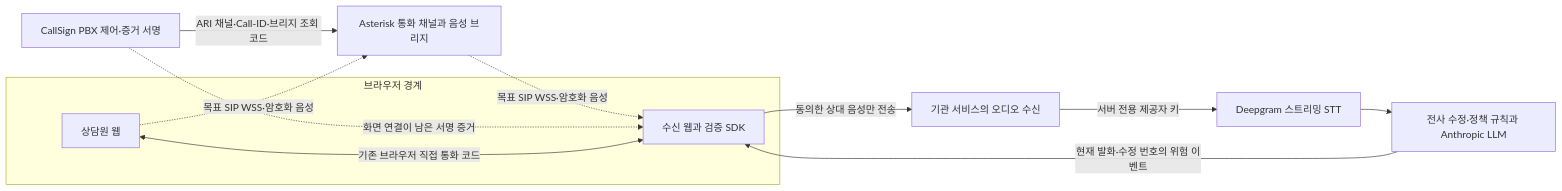
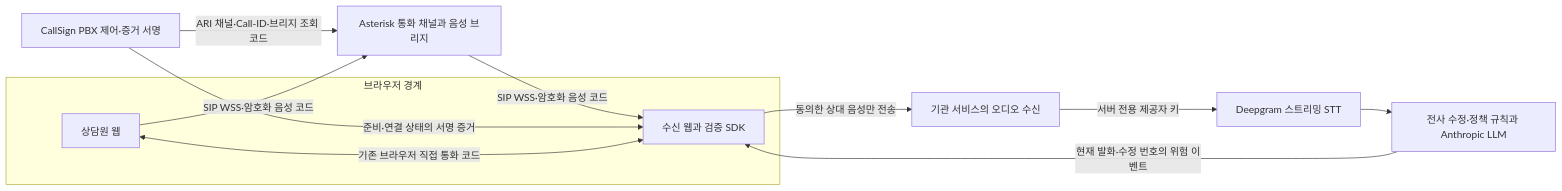
Before and after one commit to 0u-Y/CallSign: the diagram in docs/guide/02-ARCHITECTURE.md, drawn with Mermaid. The commit also changed other lines of this file and 21 other files, not shown here.

````diff
--- a/docs/guide/02-ARCHITECTURE.md
+++ b/docs/guide/02-ARCHITECTURE.md
@@ -25,21 +25,21 @@
 ```mermaid
 flowchart LR
   subgraph clients[브라우저 경계]
     AG[상담원 웹]
     RE[수신 웹과 검증 SDK]
   end
   AST[Asterisk 통화 채널과 음성 브리지]
   CTRL[CallSign PBX 제어·증거 서명]
   API[기관 서비스의 오디오 수신]
   STT[Deepgram 스트리밍 STT]
   ANA[전사 수정·정책 규칙과 Anthropic LLM]
-  AG -. 목표 SIP WSS·암호화 음성 .-> AST
-  AST -. 목표 SIP WSS·암호화 음성 .-> RE
+  AG -->|SIP WSS·암호화 음성 코드| AST
+  AST -->|SIP WSS·암호화 음성 코드| RE
   CTRL -->|ARI 채널·Call-ID·브리지 조회 코드| AST
-  CTRL -. 화면 연결이 남은 서명 증거 .-> RE
+  CTRL -->|준비·연결 상태의 서명 증거| RE
   AG <-->|기존 브라우저 직접 통화 코드| RE
   RE -->|동의한 상대 음성만 전송| API
   API -->|서버 전용 제공자 키| STT
   STT --> ANA
   ANA -->|현재 발화·수정 번호의 위험 이벤트| RE
 ```
````
